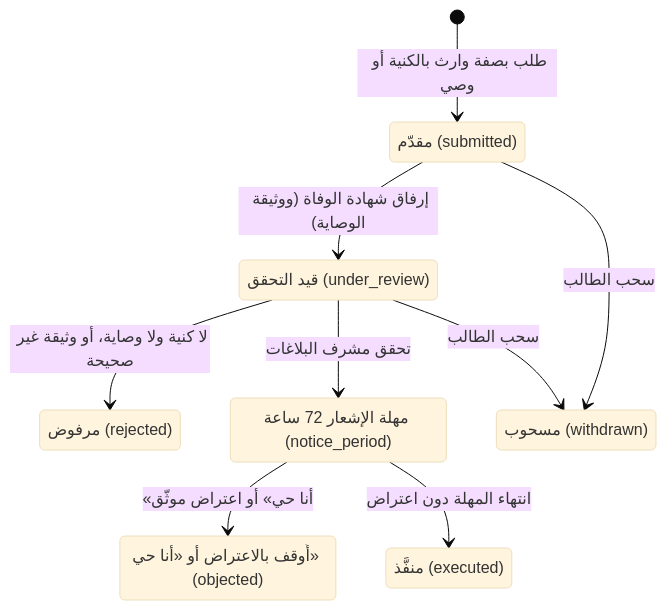
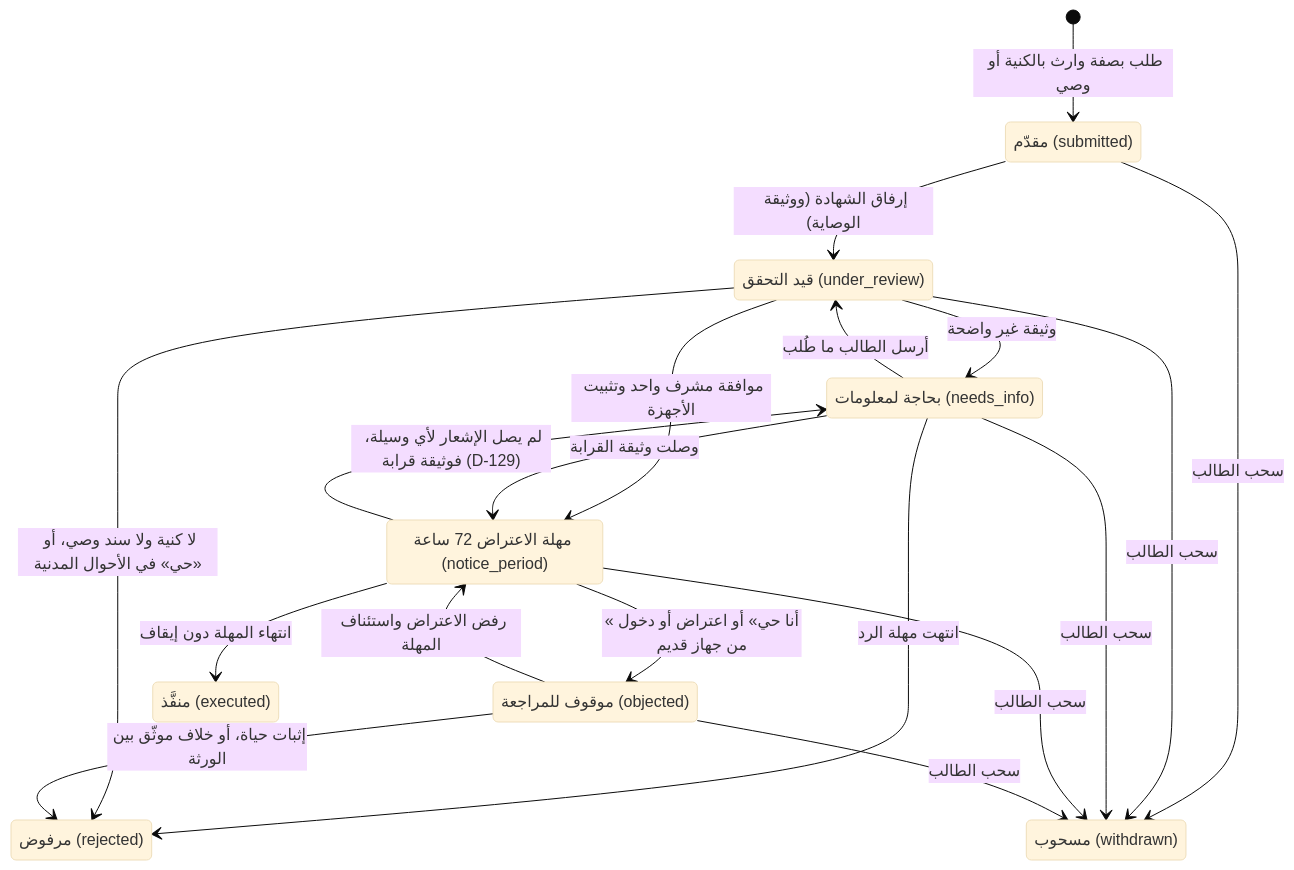
The ninth of 11 diagrams in docs/14-operational-lifecycle.md (servacode/imei), drawn with Mermaid (base theme) before and after one commit. The commit also changed other lines of this file and 13 other files, not shown here.

````diff
--- a/docs/14-operational-lifecycle.md
+++ b/docs/14-operational-lifecycle.md
@@ -324,18 +327,29 @@
 ```mermaid
 stateDiagram-v2
     state "مقدّم (submitted)" as Submitted
     state "قيد التحقق (under_review)" as Review
-    state "مهلة الإشعار 72 ساعة (notice_period)" as Notice
+    state "بحاجة لمعلومات (needs_info)" as NeedsInfo
+    state "مهلة الاعتراض 72 ساعة (notice_period)" as Notice
+    state "موقوف للمراجعة (objected)" as Objected
     state "منفَّذ (executed)" as Done
-    state "أُوقف بالاعتراض أو «أنا حي» (objected)" as Objected
     state "مرفوض (rejected)" as Rejected
     state "مسحوب (withdrawn)" as Withdrawn
     [*] --> Submitted: طلب بصفة وارث بالكنية أو وصي
-    Submitted --> Review: إرفاق شهادة الوفاة (ووثيقة الوصاية)
-    Review --> Rejected: لا كنية ولا وصاية، أو وثيقة غير صحيحة
-    Review --> Notice: تحقق مشرف البلاغات
-    Notice --> Objected: «أنا حي» أو اعتراض موثّق
-    Notice --> Done: انتهاء المهلة دون اعتراض
+    Submitted --> Review: إرفاق الشهادة (ووثيقة الوصاية)
+    Review --> NeedsInfo: وثيقة غير واضحة
+    NeedsInfo --> Review: أرسل الطالب ما طُلب
+    NeedsInfo --> Rejected: انتهت مهلة الرد
+    Review --> Rejected: لا كنية ولا سند وصي، أو «حي» في الأحوال المدنية
+    Review --> Notice: موافقة مشرف واحد وتثبيت الأجهزة
+    Notice --> NeedsInfo: لم يصل الإشعار لأي وسيلة، فوثيقة قرابة (D-129)
+    NeedsInfo --> Notice: وصلت وثيقة القرابة
+    Notice --> Objected: «أنا حي» أو اعتراض أو دخول من جهاز قديم
+    Objected --> Rejected: إثبات حياة، أو خلاف موثّق بين الورثة
+    Objected --> Notice: رفض الاعتراض واستئناف المهلة
+    Notice --> Done: انتهاء المهلة دون إيقاف
     Submitted --> Withdrawn: سحب الطالب
     Review --> Withdrawn: سحب الطالب
+    NeedsInfo --> Withdrawn: سحب الطالب
+    Notice --> Withdrawn: سحب الطالب
+    Objected --> Withdrawn: سحب الطالب
 ```
````
